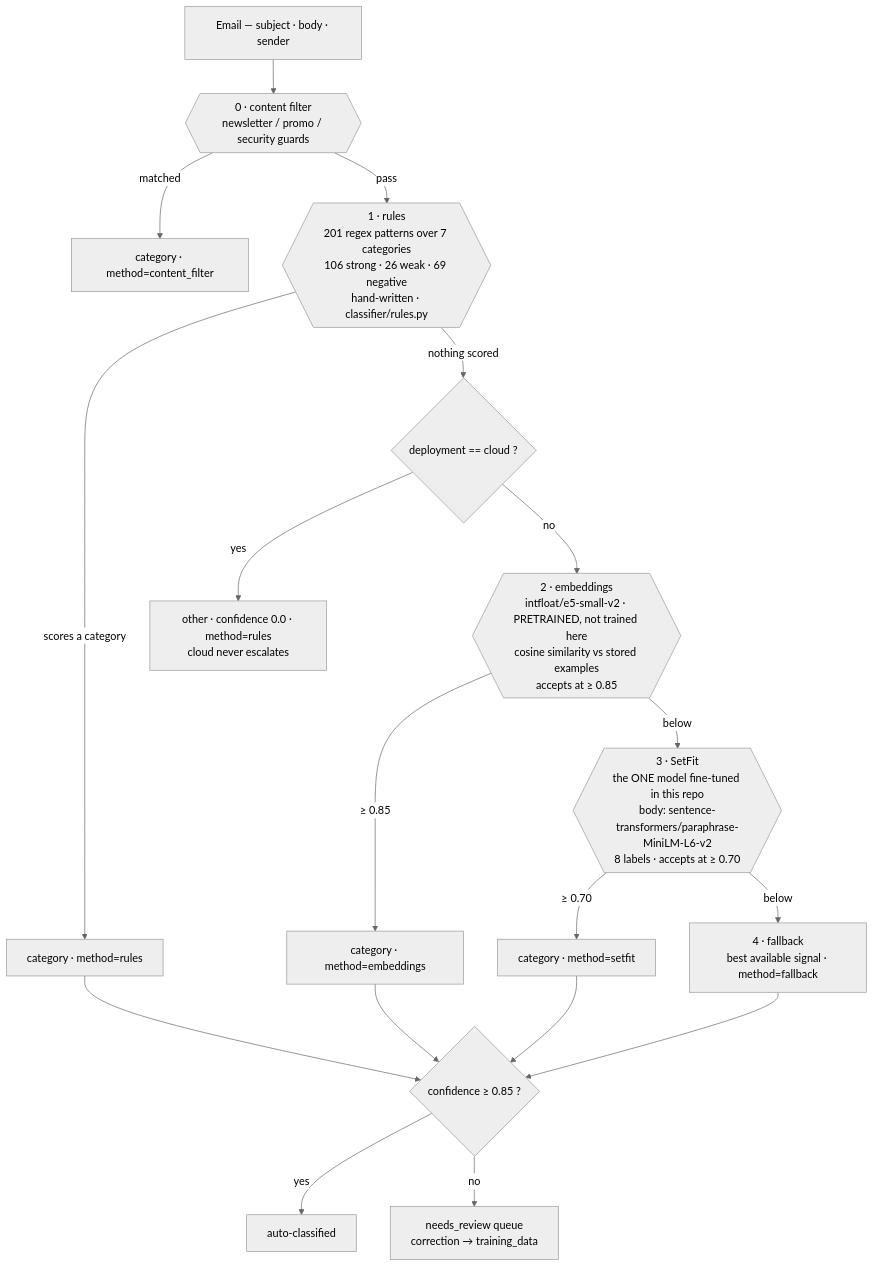
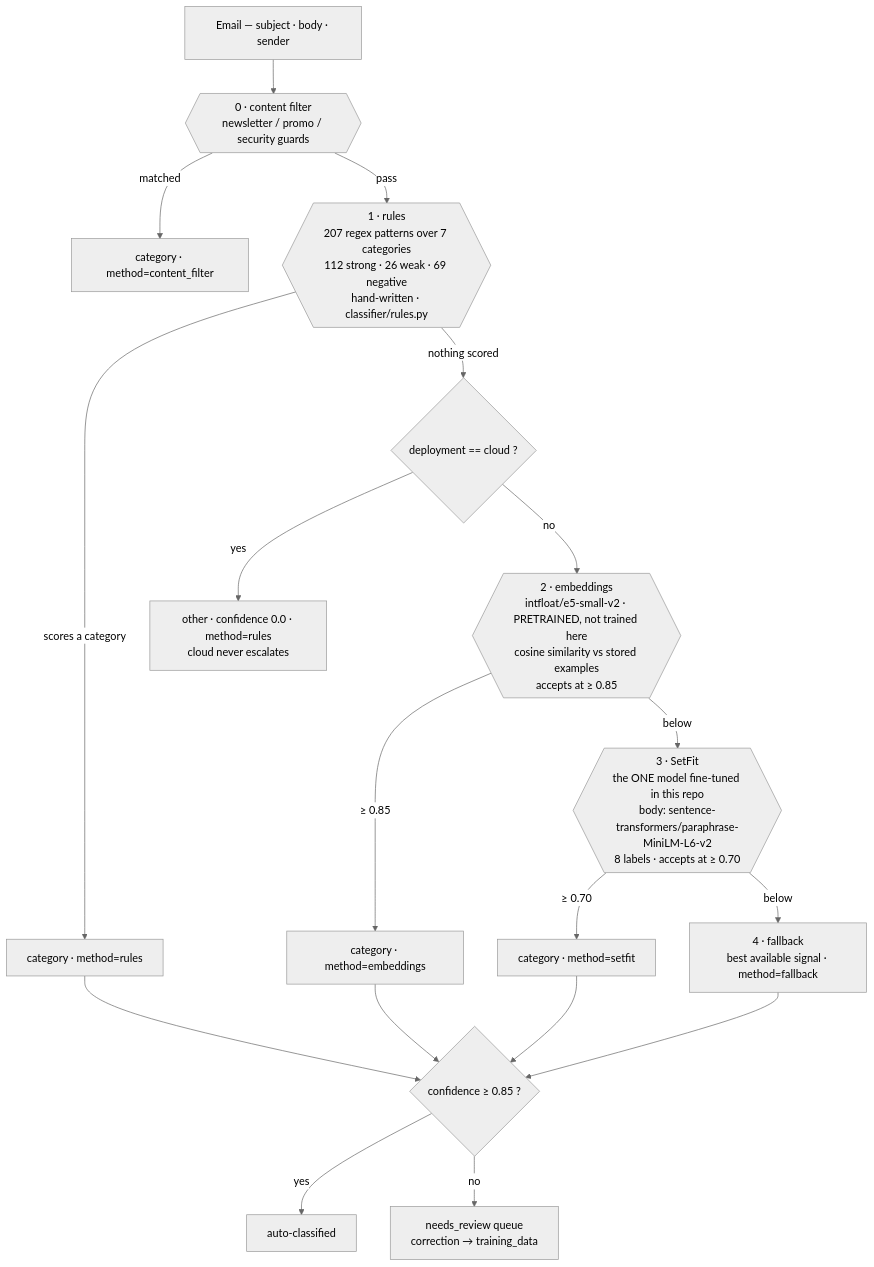
The first of 3 diagrams in README.md (BARC1999/applied-ai), drawn with Mermaid (neutral theme) before and after one commit. The commit also changed other lines of this file and 8 other files, not shown here.

````diff
--- a/README.md
+++ b/README.md
@@ -72,32 +72,32 @@
 ```mermaid
 flowchart TB
     In["Email — subject · body · sender"] --> CF
 
     CF{{"0 · content filter<br/>newsletter / promo / security guards"}}
     CF -->|"matched"| Out1["category · method=content_filter"]
     CF -->|"pass"| R
 
-    R{{"1 · rules<br/>201 regex patterns over 7 categories<br/>106 strong · 26 weak · 69 negative<br/>hand-written · classifier/rules.py"}}
+    R{{"1 · rules<br/>207 regex patterns over 7 categories<br/>112 strong · 26 weak · 69 negative<br/>hand-written · classifier/rules.py"}}
     R -->|"scores a category"| Out2["category · method=rules"]
     R -->|"nothing scored"| CLOUD
 
     CLOUD{"deployment == cloud ?"}
     CLOUD -->|"yes"| Out3["other · confidence 0.0 · method=rules<br/>cloud never escalates"]
     CLOUD -->|"no"| E
 
     E{{"2 · embeddings<br/>intfloat/e5-small-v2 · PRETRAINED, not trained here<br/>cosine similarity vs stored examples<br/>accepts at ≥ 0.85"}}
     E -->|"≥ 0.85"| Out4["category · method=embeddings"]
     E -->|"below"| S
 
     S{{"3 · SetFit<br/>the ONE model fine-tuned in this repo<br/>body: sentence-transformers/paraphrase-MiniLM-L6-v2<br/>8 labels · accepts at ≥ 0.70"}}
     S -->|"≥ 0.70"| Out5["category · method=setfit"]
     S -->|"below"| F["4 · fallback<br/>best available signal · method=fallback"]
 
     Out2 --> G
     Out4 --> G
     Out5 --> G
     F --> G
     G{"confidence ≥ 0.85 ?"}
     G -->|"yes"| Auto["auto-classified"]
     G -->|"no"| Review["needs_review queue<br/>correction → training_data"]
 ```
````
